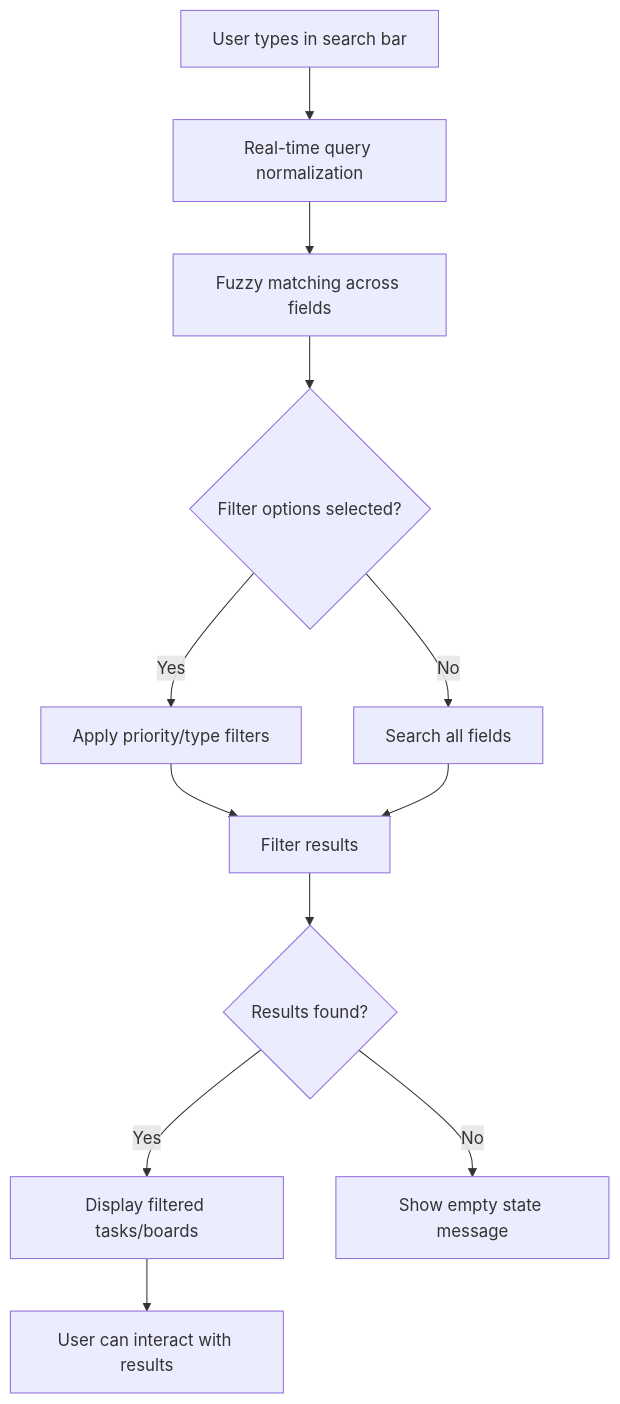
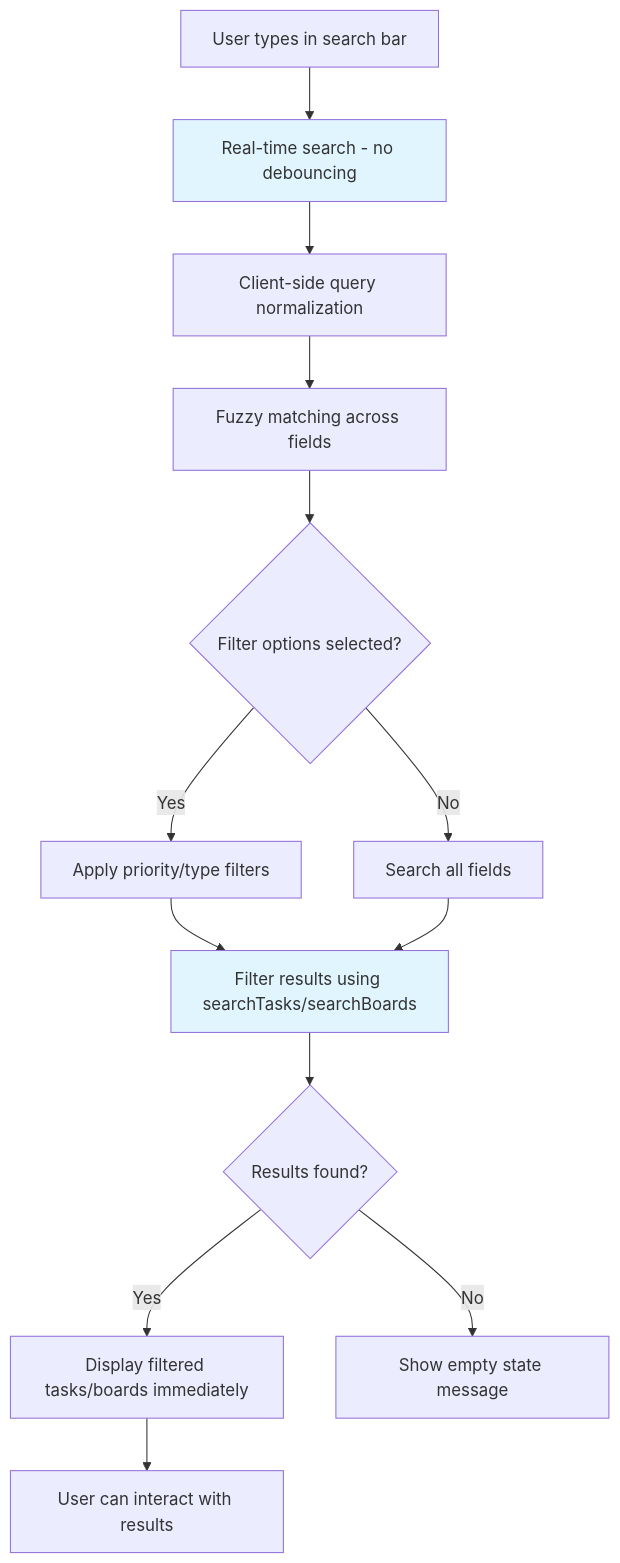
Before and after one commit to gluppler/Kibble: the third of 6 diagrams in README.md, drawn with Mermaid. The commit also changed other lines of this file and 34 other files, not shown here.

````diff
--- a/README.md
+++ b/README.md
@@ -530,14 +558,17 @@
 ```mermaid
 flowchart TD
-    A[User types in search bar] --> B[Real-time query normalization]
-    B --> C[Fuzzy matching across fields]
-    C --> D{Filter options selected?}
-    D -->|Yes| E[Apply priority/type filters]
-    D -->|No| F[Search all fields]
-    E --> G[Filter results]
-    F --> G
-    G --> H{Results found?}
-    H -->|Yes| I[Display filtered tasks/boards]
-    H -->|No| J[Show empty state message]
-    I --> K[User can interact with results]
+    A[User types in search bar] --> B[Real-time search - no debouncing]
+    B --> C[Client-side query normalization]
+    C --> D[Fuzzy matching across fields]
+    D --> E{Filter options selected?}
+    E -->|Yes| F[Apply priority/type filters]
+    E -->|No| G[Search all fields]
+    F --> H[Filter results using searchTasks/searchBoards]
+    G --> H
+    H --> I{Results found?}
+    I -->|Yes| J[Display filtered tasks/boards immediately]
+    I -->|No| K[Show empty state message]
+    J --> L[User can interact with results]
+    style B fill:#e1f5ff
+    style H fill:#e1f5ff
 ```
````
